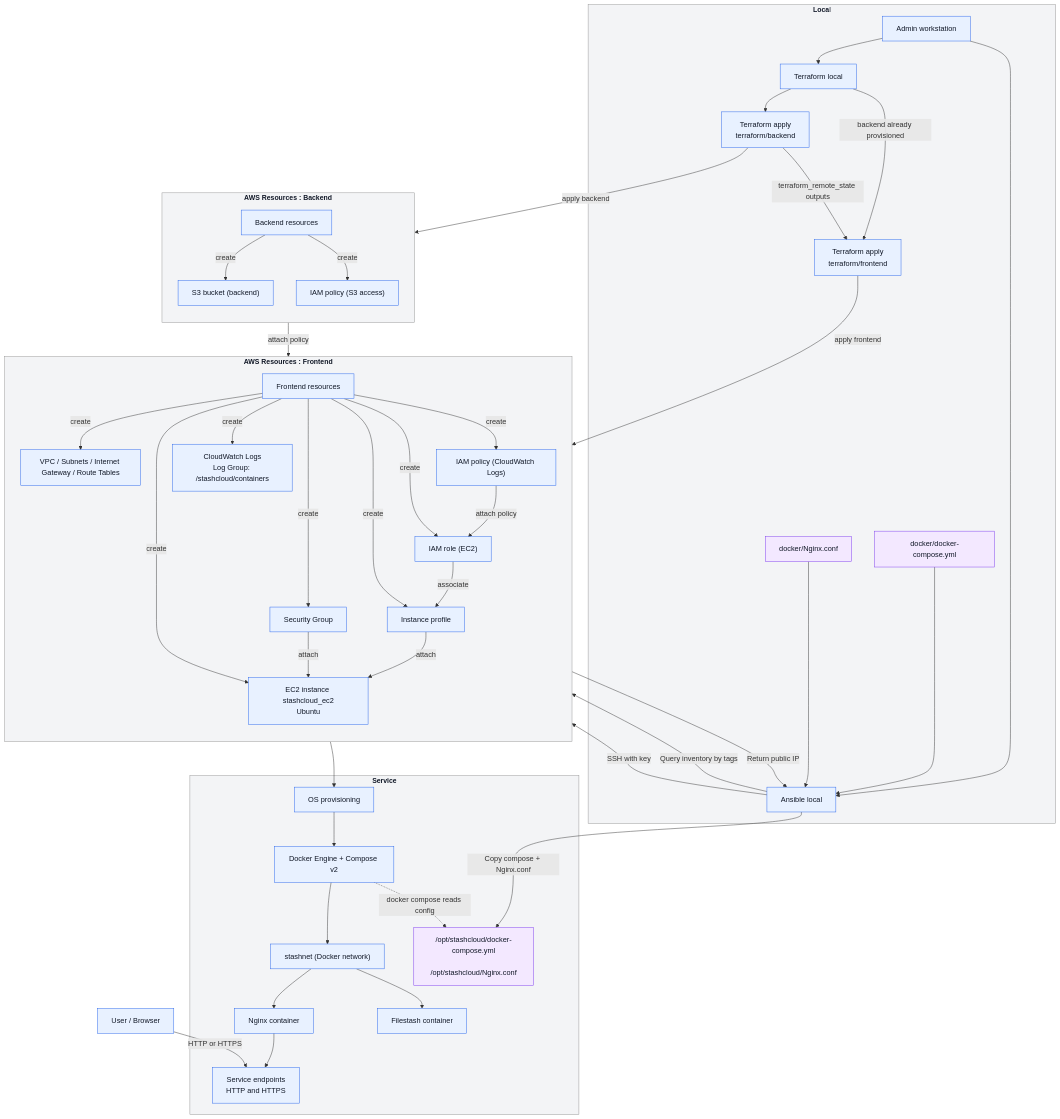
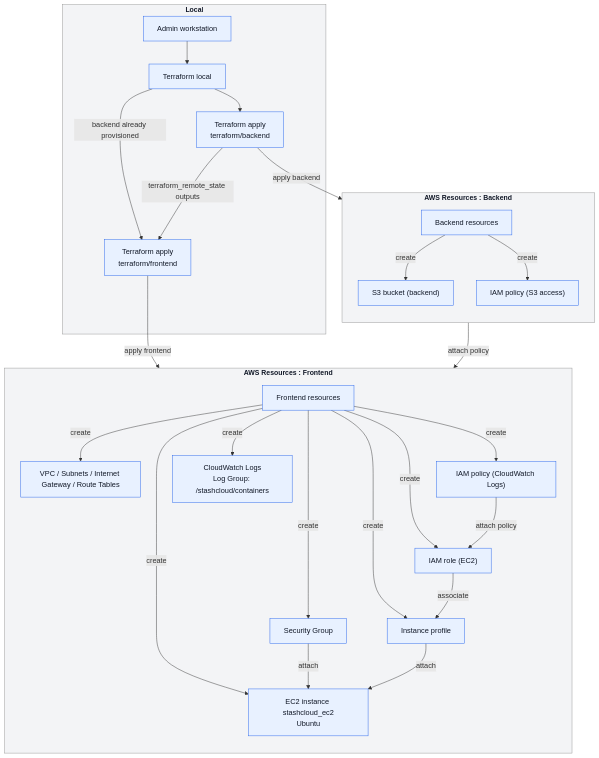
The second of 3 diagrams in README.md (gsiegwald/stashcloud), drawn with Mermaid before and after one commit.

````diff
--- a/README.md
+++ b/README.md
@@ -155,9 +156,6 @@
     TF["Terraform local"]
     TFB["Terraform apply<br/>terraform/backend"]
     TFF["Terraform apply<br/>terraform/frontend"]
-    ANS["Ansible local"]
-    DC["docker/docker-compose.yml"]
-    NC["docker/Nginx.conf"]
   end
 
   subgraph BK["AWS Resources : Backend"]
@@ -179,18 +177,7 @@
     EC2["EC2 instance stashcloud_ec2\nUbuntu"]
   end
 
-  subgraph APP["Service  "]
-    OS["OS provisioning"]
-    DOCKER["Docker Engine + Compose v2"]
-    ST["stashnet (Docker network)"]
-    NGX["Nginx container"]
-    FLS["Filestash container"]
-    EP["Service endpoints <br>HTTP and HTTPS"]
-    OPT["/opt/stashcloud/docker-compose.yml
-    /opt/stashcloud/Nginx.conf"]
-  end
-
-  U --> TF & ANS
+  U --> TF
   TF --> TFB
   TF -- "backend already provisioned" --> TFF
 
@@ -214,33 +201,12 @@
   S3POL -- "attach policy" --> IAMROLE
   LOGPOL -- "attach policy" --> IAMROLE
 
-  ANS -- Query inventory by tags --> EC2
-  EC2 -- Return public IP --> ANS
-  ANS -- SSH with key --> EC2
-
-  ANS -- Copy compose + Nginx.conf --> OPT
-  DC --> ANS
-  NC --> ANS
-
-  EC2 --> OS --> DOCKER --> ST
-  ST --> NGX --> EP
-  ST --> FLS
-  B["User / Browser"] -- HTTP or HTTPS --> EP
-  DOCKER -. "docker compose reads config" .-> OPT
-
-
-
 %% ---- Subgraph styling (backgrounds) ----
 style L  fill:#F3F4F6,stroke:#949494,stroke-width:1px,color:#111827,font-size:15px,font-weight:bold
 style BK fill:#F3F4F6,stroke:#949494,stroke-width:1px,color:#111827,font-size:15px,font-weight:bold
 style FR fill:#F3F4F6,stroke:#949494,stroke-width:1px,color:#111827,font-size:15px,font-weight:bold
-style APP fill:#F3F4F6,stroke:#949494,stroke-width:1px,color:#111827,font-size:15px,font-weight:bold
 %% ---- Node styling ----
 classDef fileNode fill:#F3E8FF,stroke:#7C3AED,stroke-width:1px,color:#111827;
 classDef default  fill:#E8F1FF,stroke:#2563EB,stroke-width:1px,color:#111827;
 classDef anchorNode fill:transparent,stroke:transparent,stroke-width:0px,color:transparent;
-
-%% Apply file style to file nodes
-class DC,NC,OPT fileNode;
-
 ```
````
